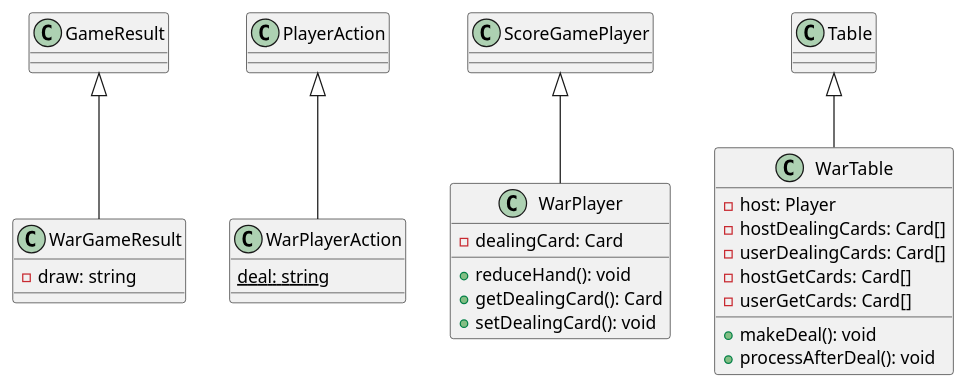
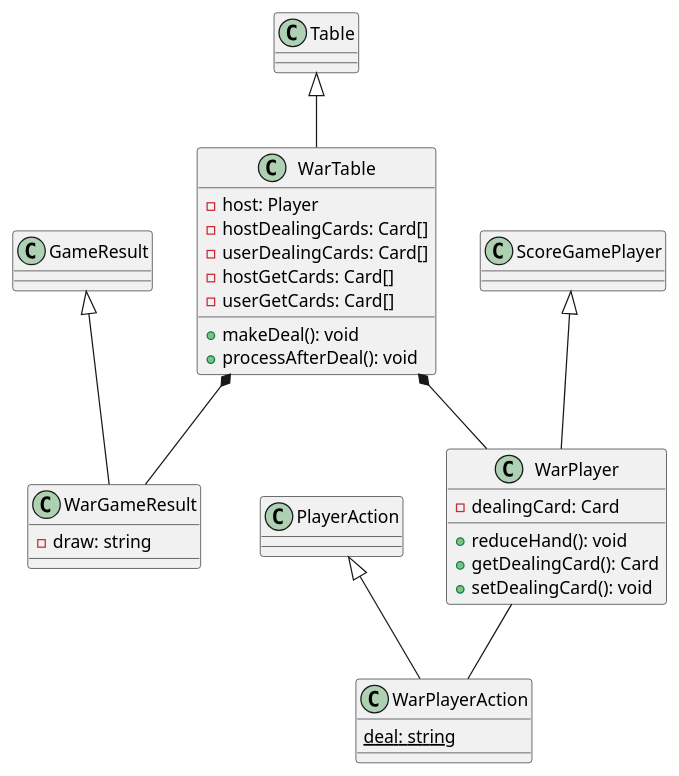
One commit to recursion-teamdev-teamd/devlog changed the diagram in uml/akiba/War.puml. Above: the diagram before and after it, drawn with PlantUML. The commit also changed 9 other files, not shown here.

Commit message:
done creating uml akiba

```diff
--- a/uml/akiba/War.puml
+++ b/uml/akiba/War.puml
@@ -1,24 +1,27 @@
 class WarGameResult extends GameResult{
   -draw: string
 }
 
 
 class WarPlayerAction extends PlayerAction{
   {static}deal: string
 }
 class WarPlayer extends ScoreGamePlayer{
   -dealingCard: Card
   +reduceHand(): void
   +getDealingCard(): Card
   +setDealingCard(): void
 
 }
 class WarTable extends Table{
   -host: Player
   -hostDealingCards: Card[]
   -userDealingCards: Card[]
   -hostGetCards: Card[]
   -userGetCards: Card[]
   +makeDeal(): void
   +processAfterDeal(): void
 }
+  WarTable *-- WarGameResult 
+  WarTable *-- WarPlayer
+  WarPlayer -- WarPlayerAction
```
